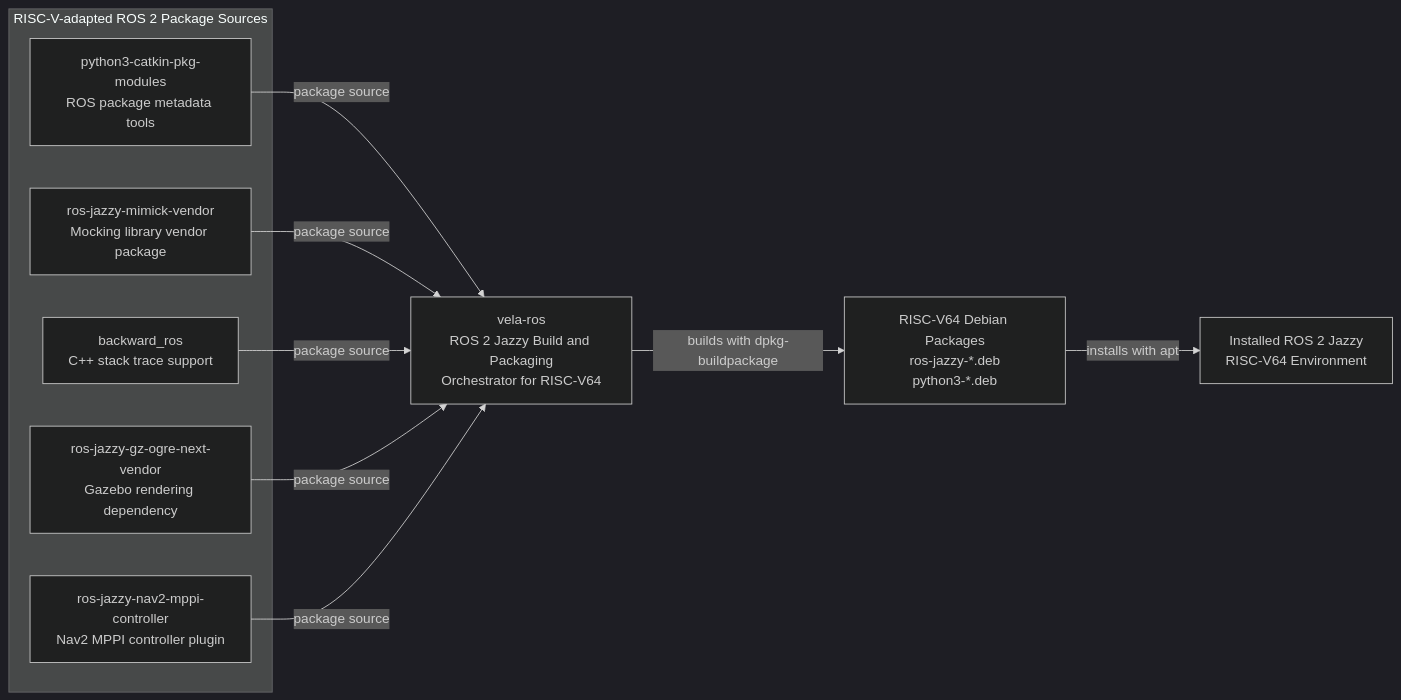
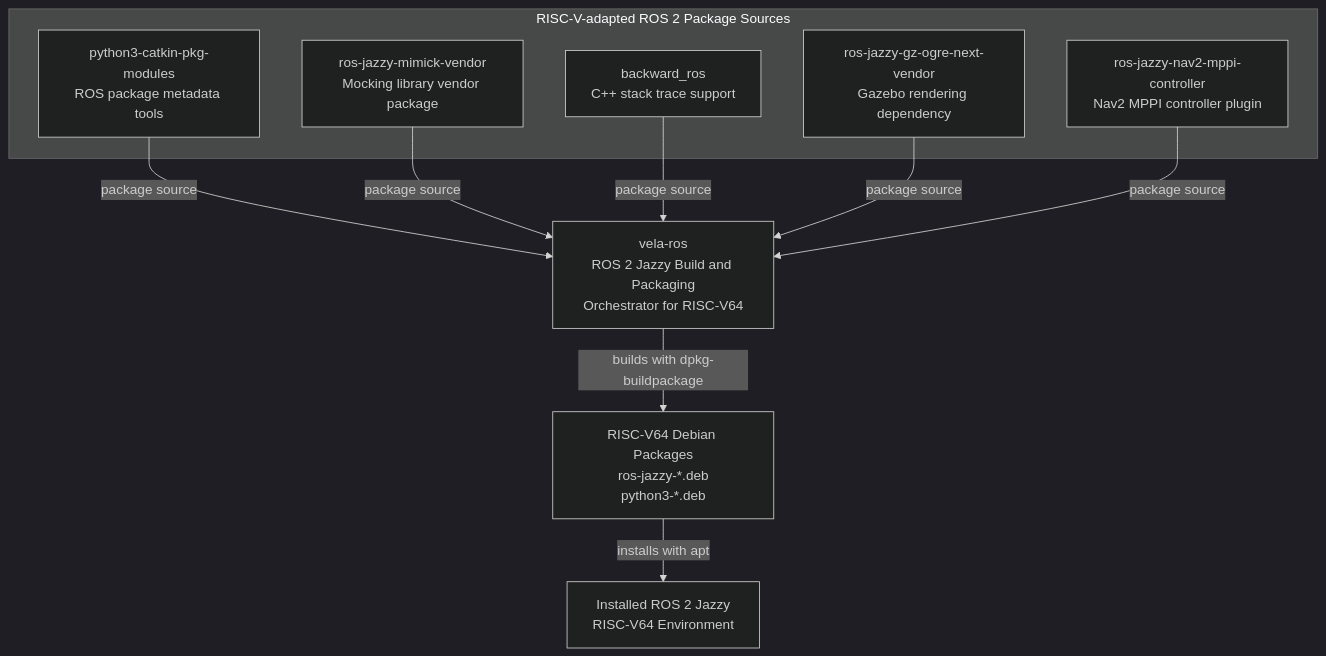
One commit to junho-falinux/vela-ros changed the diagram in README.md. Above: the diagram before and after it, drawn with Mermaid (dark theme).

````diff
--- a/README.md
+++ b/README.md
@@ -15,25 +15,25 @@
 ```mermaid
-flowchart LR
+flowchart TB
     subgraph SOURCES["RISC-V-adapted ROS 2 Package Sources"]
         CATKIN["python3-catkin-pkg-modules<br/>ROS package metadata tools"]
         MIMICK["ros-jazzy-mimick-vendor<br/>Mocking library vendor package"]
         BACKWARD["backward_ros<br/>C++ stack trace support"]
         OGRE["ros-jazzy-gz-ogre-next-vendor<br/>Gazebo rendering dependency"]
         MPPI["ros-jazzy-nav2-mppi-controller<br/>Nav2 MPPI controller plugin"]
     end
 
     VELA["vela-ros<br/>ROS 2 Jazzy Build and Packaging<br/>Orchestrator for RISC-V64"]
 
     DEBS["RISC-V64 Debian Packages<br/>ros-jazzy-*.deb<br/>python3-*.deb"]
 
     ENV["Installed ROS 2 Jazzy<br/>RISC-V64 Environment"]
 
     CATKIN -->|"package source"| VELA
     MIMICK -->|"package source"| VELA
     BACKWARD -->|"package source"| VELA
     OGRE -->|"package source"| VELA
     MPPI -->|"package source"| VELA
 
     VELA -->|"builds with dpkg-buildpackage"| DEBS
     DEBS -->|"installs with apt"| ENV
 ```
````
